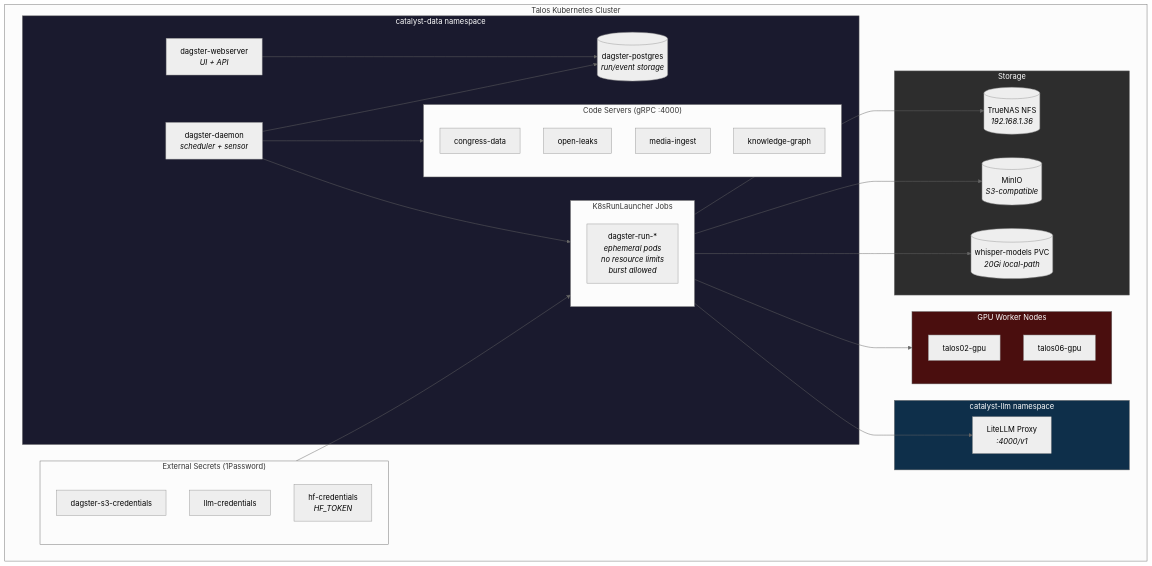
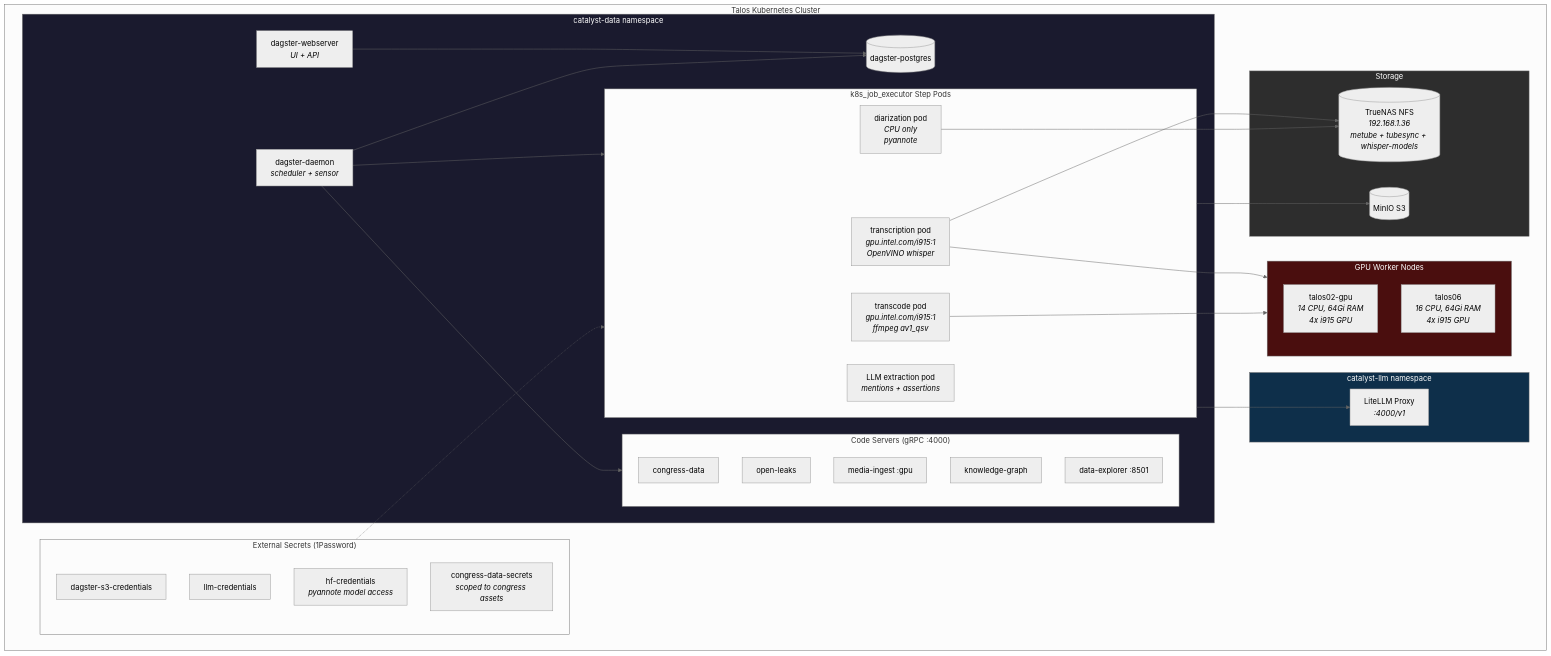
One commit to TheBranchDriftCatalyst/catalyst-data changed the sixth of 6 diagrams in docs/diagrams/media-ingest-architecture.md. Above: the diagram before and after it, drawn with Mermaid (neutral theme). The commit also changed other lines of this file, not shown here.

Commit message:
docs: update architecture diagrams for 10-asset pipeline with split transcription/diarization

````diff
--- a/docs/diagrams/media-ingest-architecture.md
+++ b/docs/diagrams/media-ingest-architecture.md
@@ -244,60 +211,65 @@
 ```mermaid
 graph TB
     subgraph Cluster["Talos Kubernetes Cluster"]
         subgraph NS["catalyst-data namespace"]
             WS[dagster-webserver<br/><i>UI + API</i>]
             DM[dagster-daemon<br/><i>scheduler + sensor</i>]
-            PG2[(dagster-postgres<br/><i>run/event storage</i>)]
+            PG2[(dagster-postgres)]
 
             subgraph CodeServers["Code Servers (gRPC :4000)"]
                 CS2[congress-data]
                 OLS[open-leaks]
-                MIS[media-ingest]
+                MIS[media-ingest :gpu]
                 KGS[knowledge-graph]
+                DES[data-explorer :8501]
             end
 
-            subgraph RunJobs["K8sRunLauncher Jobs"]
-                RJ[dagster-run-*<br/><i>ephemeral pods<br/>no resource limits<br/>burst allowed</i>]
+            subgraph RunJobs["k8s_job_executor Step Pods"]
+                TP[transcription pod<br/><i>gpu.intel.com/i915:1<br/>OpenVINO whisper</i>]
+                DP[diarization pod<br/><i>CPU only<br/>pyannote</i>]
+                TC[transcode pod<br/><i>gpu.intel.com/i915:1<br/>ffmpeg av1_qsv</i>]
+                LP[LLM extraction pod<br/><i>mentions + assertions</i>]
             end
         end
 
         subgraph Storage2["Storage"]
-            MINIO[(MinIO<br/><i>S3-compatible</i>)]
-            NFS2[(TrueNAS NFS<br/><i>192.168.1.36</i>)]
-            WM[(whisper-models PVC<br/><i>20Gi local-path</i>)]
+            MINIO[(MinIO S3)]
+            NFS2[(TrueNAS NFS<br/><i>192.168.1.36<br/>metube + tubesync + whisper-models</i>)]
         end
 
         subgraph GPU["GPU Worker Nodes"]
-            T02[talos02-gpu]
-            T06[talos06-gpu]
+            T02[talos02-gpu<br/><i>14 CPU, 64Gi RAM<br/>4x i915 GPU</i>]
+            T06[talos06<br/><i>16 CPU, 64Gi RAM<br/>4x i915 GPU</i>]
         end
 
         subgraph LLM["catalyst-llm namespace"]
             LIT[LiteLLM Proxy<br/><i>:4000/v1</i>]
         end
 
         subgraph Secrets["External Secrets (1Password)"]
             S3C[dagster-s3-credentials]
             LLMC[llm-credentials]
-            HFC[hf-credentials<br/><i>HF_TOKEN</i>]
+            HFC[hf-credentials<br/><i>pyannote model access</i>]
+            CGC[congress-data-secrets<br/><i>scoped to congress assets</i>]
         end
     end
 
     WS --> PG2
     DM --> PG2
     DM --> CodeServers
     DM --> RunJobs
 
-    RunJobs --> NFS2
+    TP --> NFS2
+    TP --> GPU
+    TC --> GPU
+    DP --> NFS2
     RunJobs --> MINIO
-    RunJobs --> WM
     RunJobs --> LIT
-    RunJobs --> GPU
 
-    Secrets --> RunJobs
+    Secrets -.-> RunJobs
 
     style NS fill:#1a1a2e,color:#fff
     style Storage2 fill:#2d2d2d,color:#fff
     style GPU fill:#4a0e0e,color:#fff
     style LLM fill:#0e2f4a,color:#fff
 ```
````
